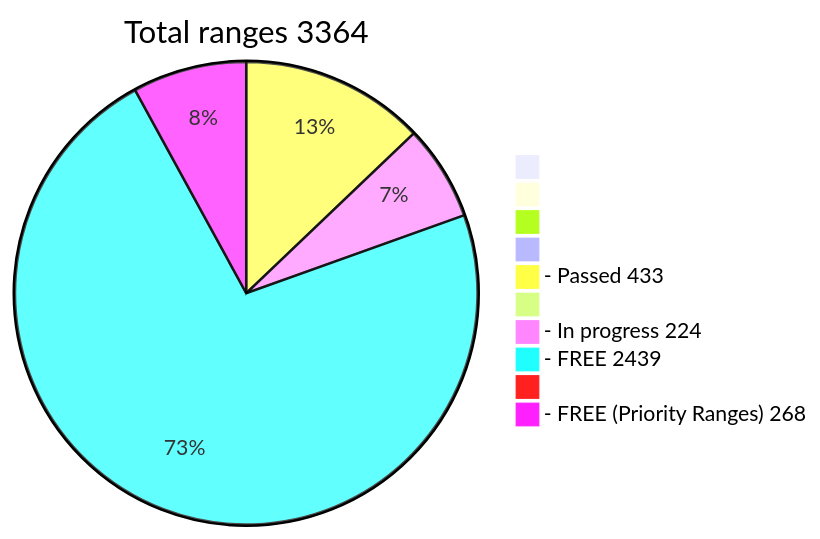
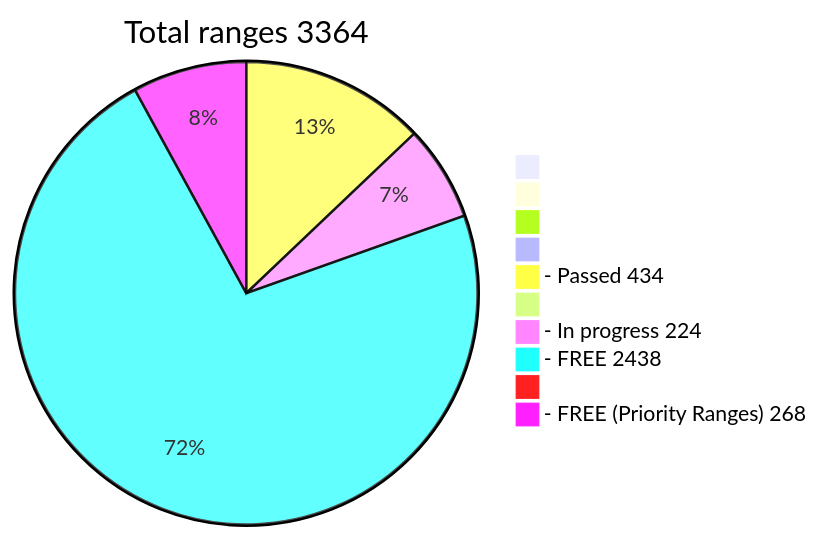
The diagram in README.md (phrutis/wif500), drawn with Mermaid before and after one commit.

````diff
--- a/README.md
+++ b/README.md
@@ -16,13 +16,13 @@
 ```mermaid
 pie title Total ranges 3364
              " " : 0
             "  " : 0
            "   " : 0
           "    " : 0
-  "- Passed 433" : 433
+  "- Passed 434" : 434
          "     " : 0
   "- In progress 224" : 224
-   "- FREE 2439" : 2439
+   "- FREE 2438" : 2438
         "      " : 0
   "- FREE (Priority Ranges) 268" : 268
 ```
````
